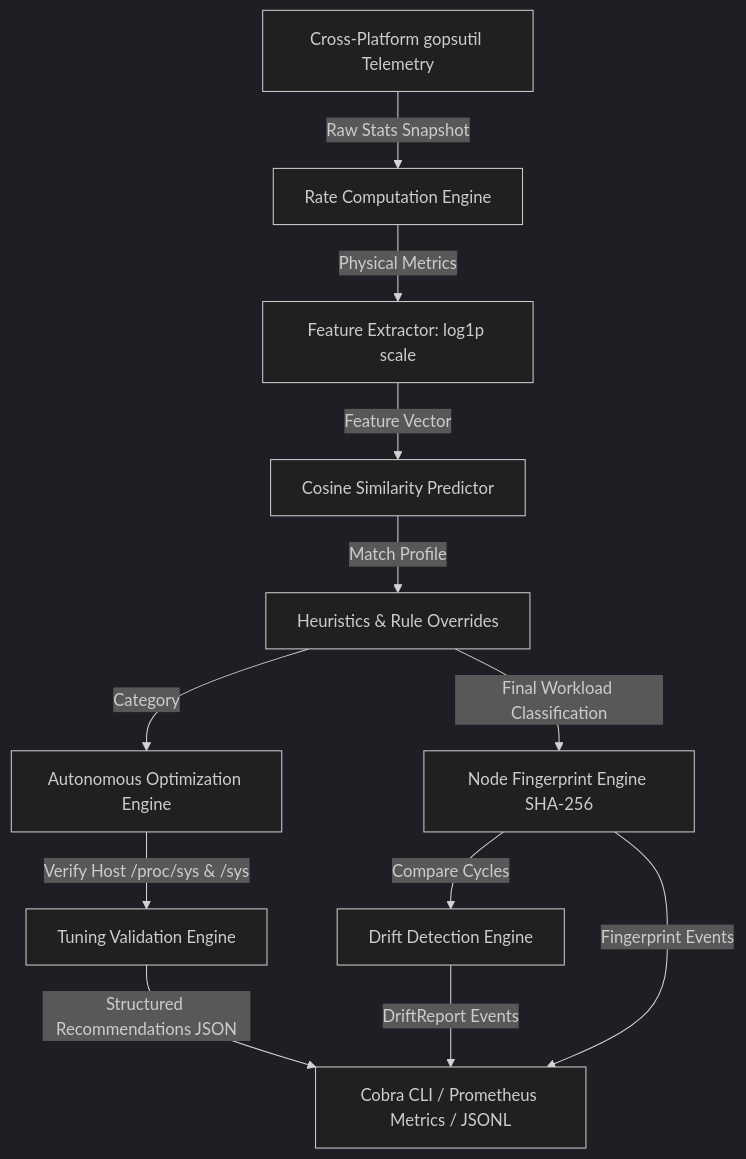
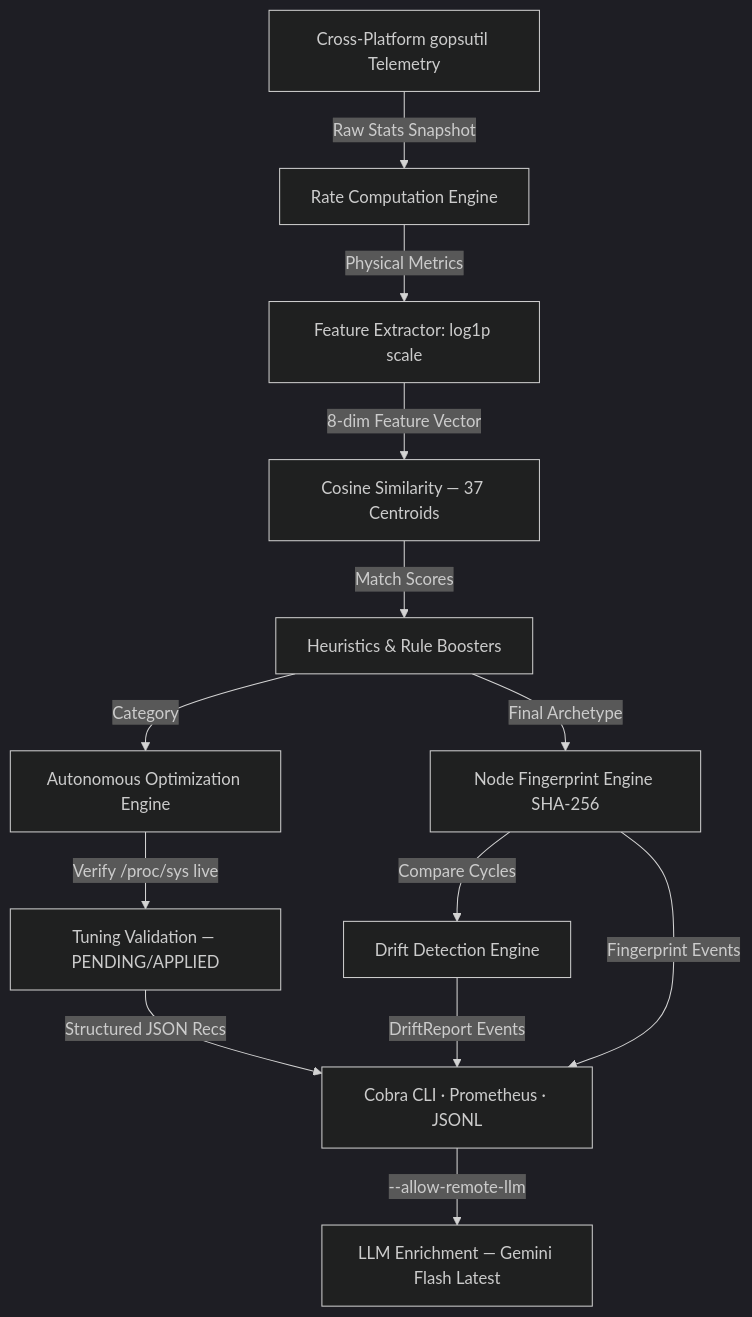
The diagram in README.md (developer1622/proc-lens), drawn with Mermaid (dark theme) before and after one commit. The commit also changed other lines of this file and 50 other files, not shown here.

````diff
--- a/README.md
+++ b/README.md
@@ -236,14 +273,15 @@
 ```mermaid
 graph TD
     A[Cross-Platform gopsutil Telemetry] -->|Raw Stats Snapshot| B[Rate Computation Engine]
     B -->|Physical Metrics| C[Feature Extractor: log1p scale]
-    C -->|Feature Vector| D[Cosine Similarity Predictor]
-    D -->|Match Profile| E[Heuristics & Rule Overrides]
-    E -->|Final Workload Classification| F[Node Fingerprint Engine SHA-256]
+    C -->|8-dim Feature Vector| D[Cosine Similarity — 37 Centroids]
+    D -->|Match Scores| E[Heuristics & Rule Boosters]
+    E -->|Final Archetype| F[Node Fingerprint Engine SHA-256]
     F -->|Compare Cycles| G[Drift Detection Engine]
     E -->|Category| H[Autonomous Optimization Engine]
-    H -->|Verify Host /proc/sys & /sys| I[Tuning Validation Engine]
-    I -->|Structured Recommendations JSON| J[Cobra CLI / Prometheus Metrics / JSONL]
+    H -->|Verify /proc/sys live| I[Tuning Validation — PENDING/APPLIED]
+    I -->|Structured JSON Recs| J[Cobra CLI · Prometheus · JSONL]
     G -->|DriftReport Events| J
     F -->|Fingerprint Events| J
+    J -->|--allow-remote-llm| K[LLM Enrichment — Gemini Flash Latest]
 ```
````
